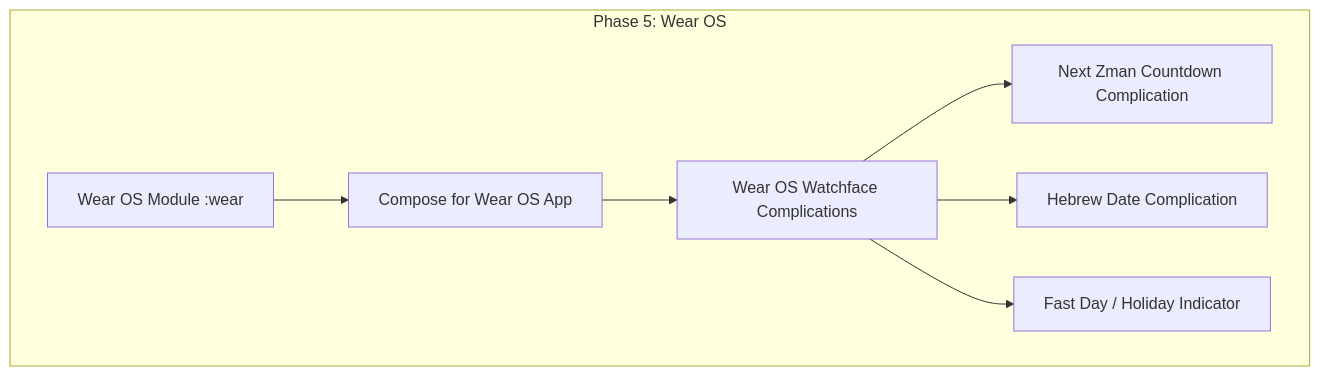
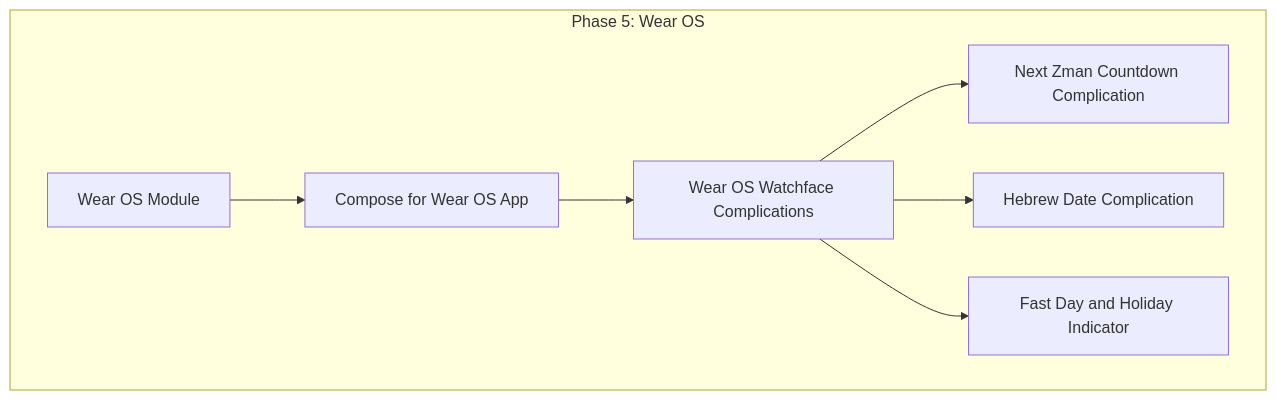
The sixth of 7 diagrams in docs/superpowers/specs/master-roadmap.md (jgindin/zmanim), drawn with Mermaid before and after one commit. The commit also changed other lines of this file and 1 other file, not shown here.

Commit message:
Fix mermaid syntax across master roadmap and implementation plan

````diff
--- a/docs/superpowers/specs/master-roadmap.md
+++ b/docs/superpowers/specs/master-roadmap.md
@@ -219,10 +219,10 @@
 ```mermaid
-graph TD
-    subgraph "Phase 5: Wear OS"
-        W1[Wear OS Module :wear] --> W2[Compose for Wear OS App]
-        W2 --> W3[Wear OS Watchface Complications]
-        W3 --> W4[Next Zman Countdown Complication]
-        W3 --> W5[Hebrew Date Complication]
-        W3 --> W6[Fast Day / Holiday Indicator]
+flowchart TD
+    subgraph Wear_OS ["Phase 5: Wear OS"]
+        W1["Wear OS Module"] --> W2["Compose for Wear OS App"]
+        W2 --> W3["Wear OS Watchface Complications"]
+        W3 --> W4["Next Zman Countdown Complication"]
+        W3 --> W5["Hebrew Date Complication"]
+        W3 --> W6["Fast Day and Holiday Indicator"]
     end
 ```
````
